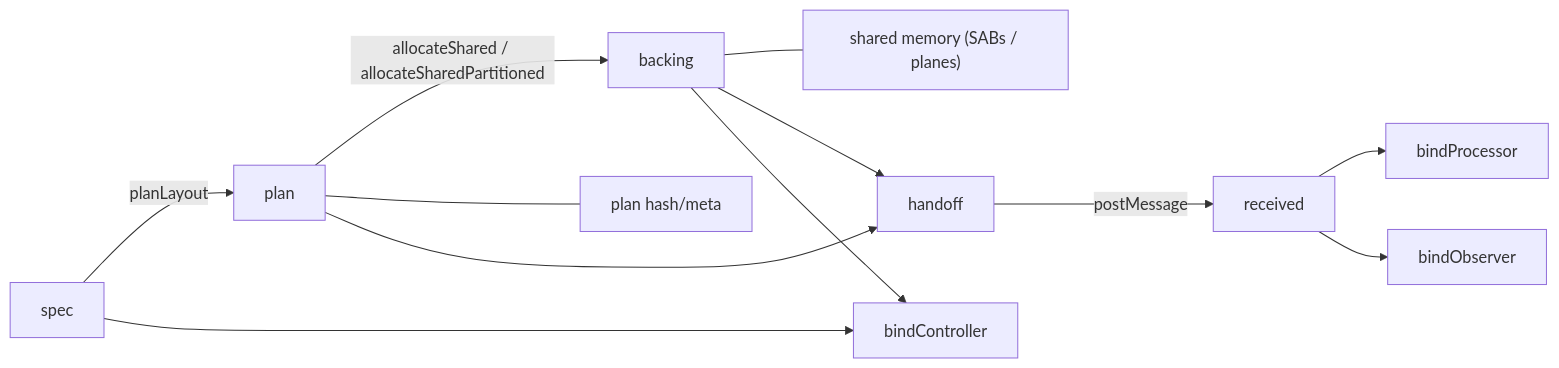
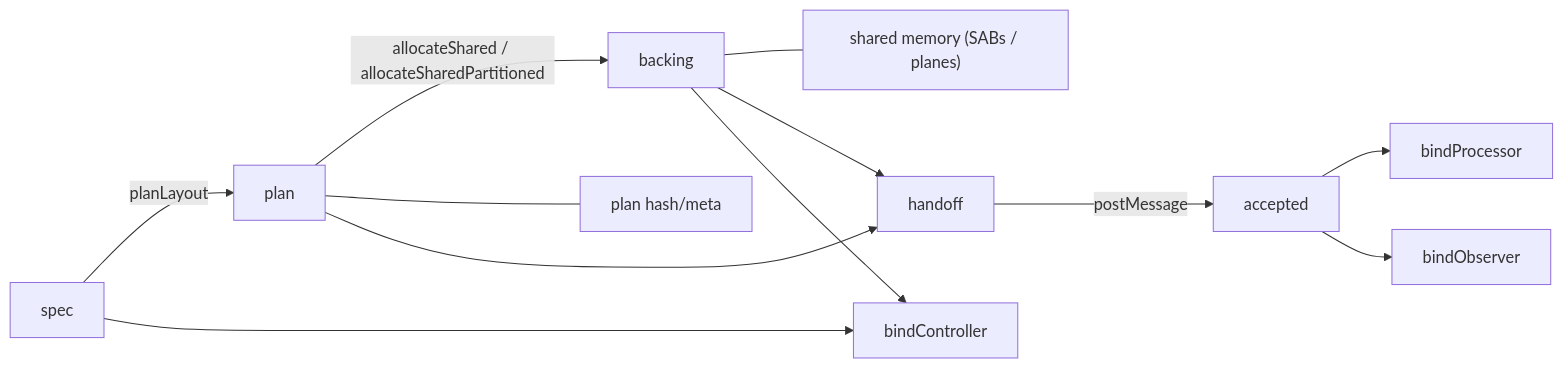
One commit to maikeleckelboom/exclave-boundary changed the diagram in packages/core/docs/architecture/07-seqlok-api-shape-rationale.md. Above: the diagram before and after it, drawn with Mermaid. The commit also changed other lines of this file and 51 other files, not shown here.

````diff
--- a/packages/core/docs/architecture/07-seqlok-api-shape-rationale.md
+++ b/packages/core/docs/architecture/07-seqlok-api-shape-rationale.md
@@ -715,13 +715,13 @@
 ```mermaid
 flowchart LR
   A[spec] -->|planLayout| B[plan]
   B -->|"allocateShared / allocateSharedPartitioned"| C[backing]
   B --- D[plan hash/meta]
   C --- E["shared memory (SABs / planes)"]
   B --> F[handoff]
   C --> F
-  F -->|postMessage| G[received]
+  F -->|postMessage| G[accepted]
   A & C --> H[bindController]
   G --> I[bindProcessor]
   G --> J[bindObserver]
 ```
````
